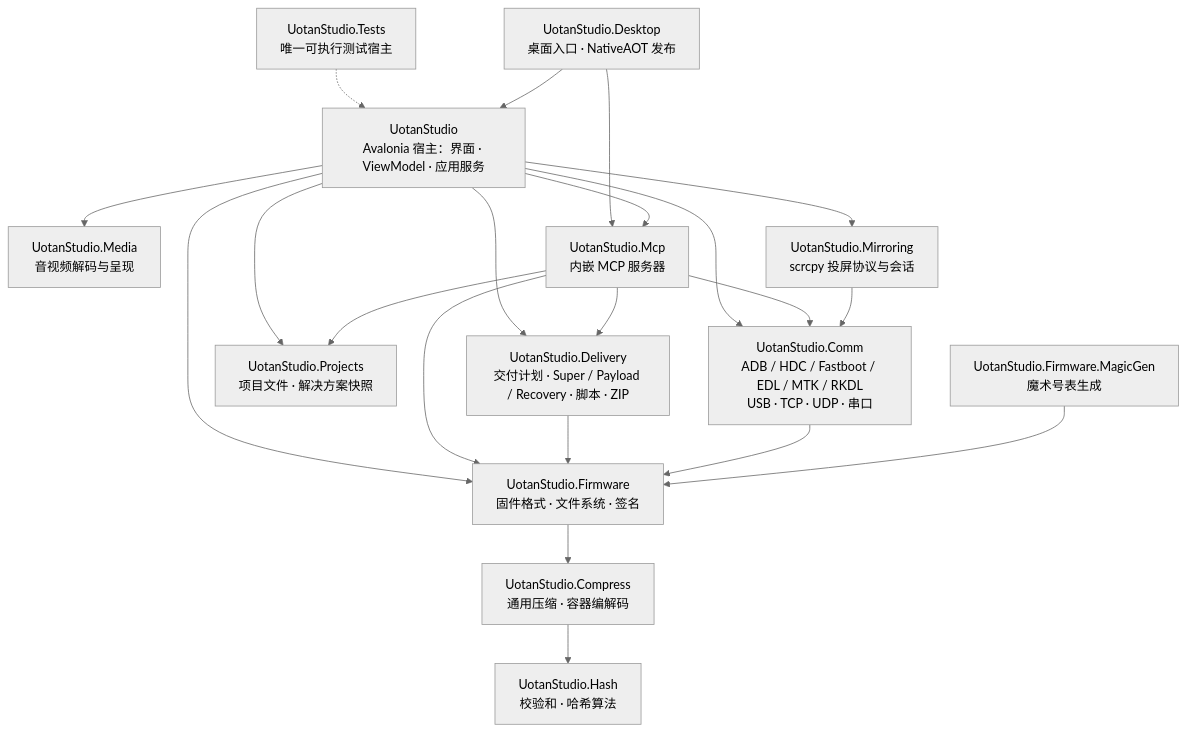
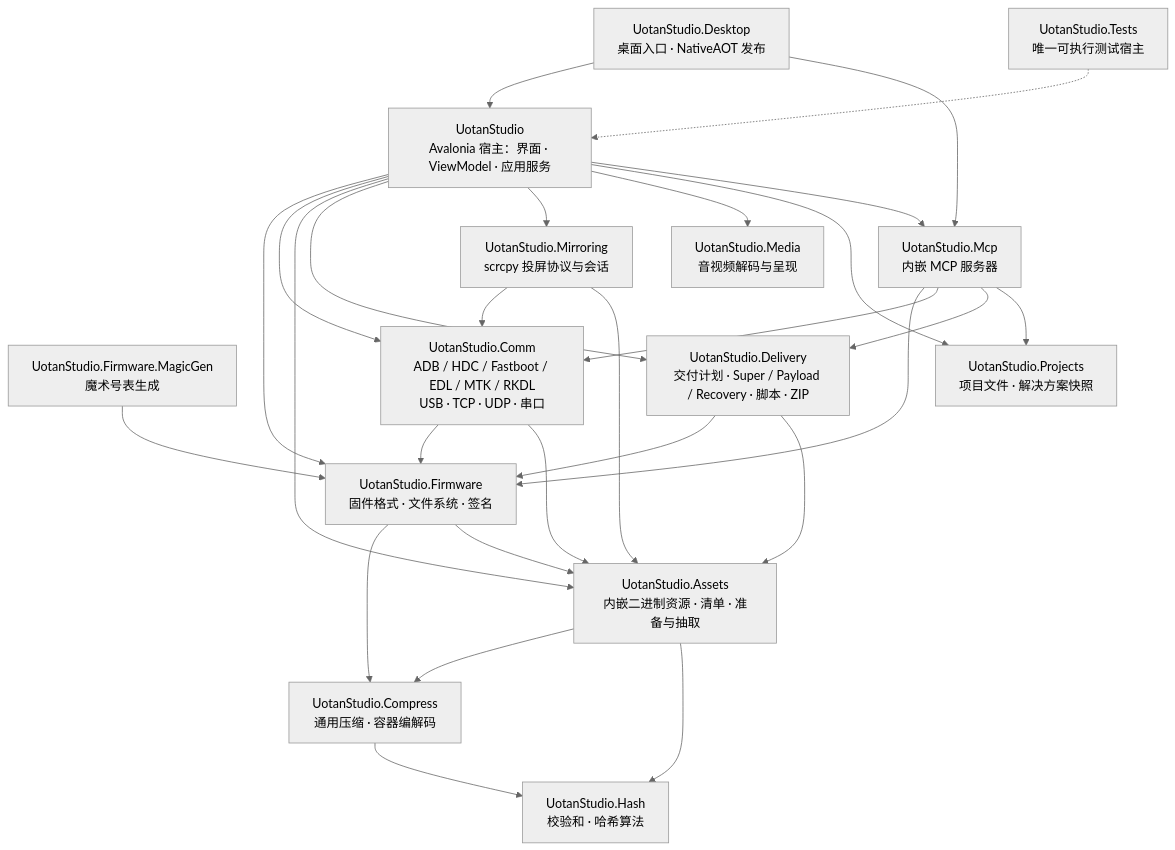
Before and after one commit to Uotan-Dev/UotanStudio: the diagram in README.md, drawn with Mermaid (neutral theme). The commit also changed other lines of this file and 168 other files, not shown here.

First line of the commit message:
feat(assets): add UotanStudio.Assets and bundle embedded payloads

````diff
--- a/README.md
+++ b/README.md
@@ -34,37 +34,45 @@
 ```mermaid
 flowchart TD
  Hash["UotanStudio.Hash<br/>校验和 · 哈希算法"]
  Compress["UotanStudio.Compress<br/>通用压缩 · 容器编解码"]
+ Assets["UotanStudio.Assets<br/>内嵌二进制资源 · 清单 · 准备与抽取"]
  Firmware["UotanStudio.Firmware<br/>固件格式 · 文件系统 · 签名"]
  MagicGen["UotanStudio.Firmware.MagicGen<br/>魔术号表生成"]
  Projects["UotanStudio.Projects<br/>项目文件 · 解决方案快照"]
  Media["UotanStudio.Media<br/>音视频解码与呈现"]
  Comm["UotanStudio.Comm<br/>ADB / HDC / Fastboot / EDL / MTK / RKDL<br/>USB · TCP · UDP · 串口"]
  Mirroring["UotanStudio.Mirroring<br/>scrcpy 投屏协议与会话"]
  Delivery["UotanStudio.Delivery<br/>交付计划 · Super / Payload / Recovery · 脚本 · ZIP"]
  Mcp["UotanStudio.Mcp<br/>内嵌 MCP 服务器"]
  Host["UotanStudio<br/>Avalonia 宿主：界面 · ViewModel · 应用服务"]
  Desktop["UotanStudio.Desktop<br/>桌面入口 · NativeAOT 发布"]
  Tests["UotanStudio.Tests<br/>唯一可执行测试宿主"]
 
  MagicGen --> Firmware
  Compress --> Hash
+ Assets --> Compress
+ Assets --> Hash
  Firmware --> Compress
+ Firmware --> Assets
  Comm --> Firmware
+ Comm --> Assets
  Delivery --> Firmware
+ Delivery --> Assets
  Mirroring --> Comm
+ Mirroring --> Assets
  Mcp --> Firmware
  Mcp --> Comm
  Mcp --> Delivery
  Mcp --> Projects
  Host --> Firmware
  Host --> Comm
+ Host --> Assets
  Host --> Delivery
  Host --> Mirroring
  Host --> Media
  Host --> Projects
  Host --> Mcp
  Desktop --> Host
  Desktop --> Mcp
  Tests -.-> Host
 ```
````
